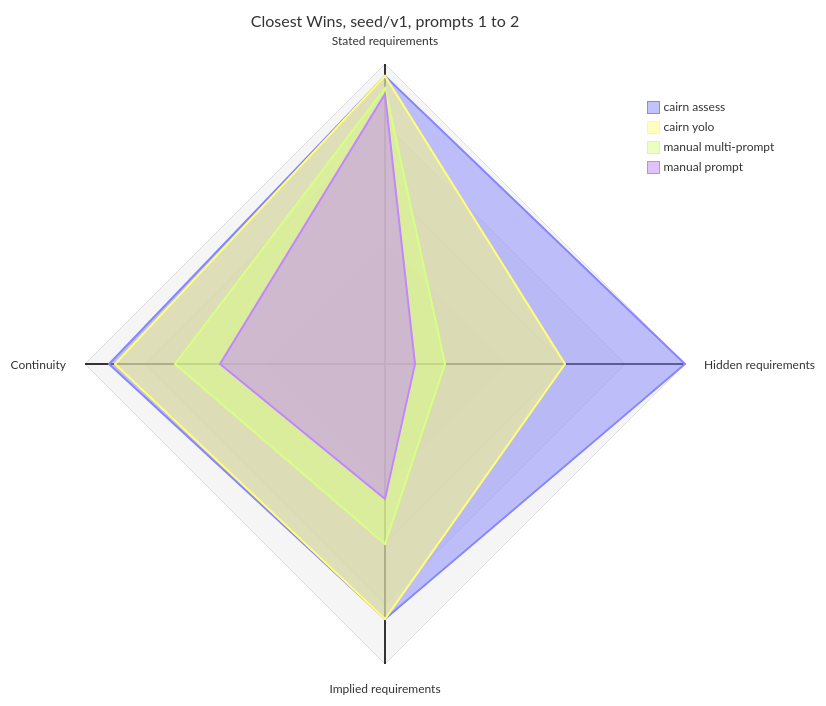
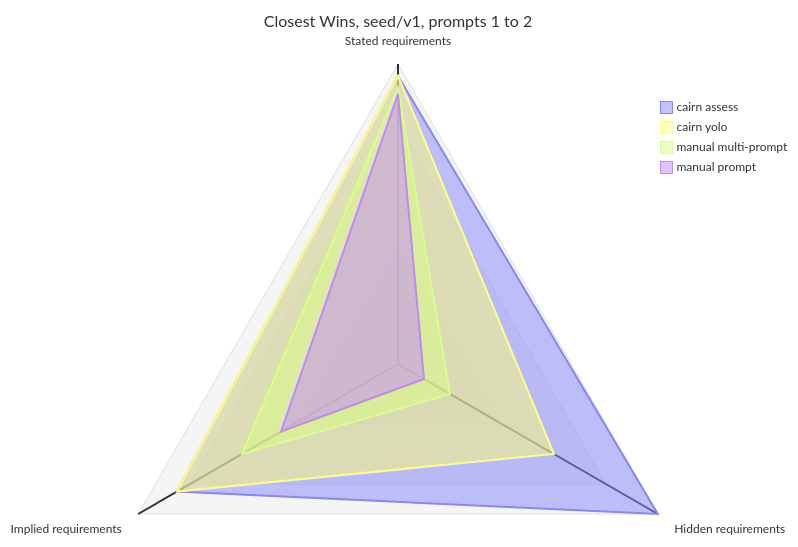
Before and after one commit to uHappyLogic/cairn: the diagram in ideas/benchmark_for_cairn.md, drawn with Mermaid. The commit also changed other lines of this file, not shown here.

First line of the commit message:
Drop the Continuity axis from the benchmark draft

````diff
--- a/ideas/benchmark_for_cairn.md
+++ b/ideas/benchmark_for_cairn.md
@@ -373,15 +374,14 @@
 ```mermaid
 radar-beta
   title Closest Wins, seed/v1, prompts 1 to 2
   axis stated["Stated requirements"], hidden["Hidden requirements"], implied["Implied requirements"]
-  axis continuity["Continuity"]
-  curve assess["cairn assess"]{96, 100, 85, 92}
-  curve yolo["cairn yolo"]{96, 60, 85, 90}
-  curve multi["manual multi-prompt"]{92, 20, 60, 70}
-  curve manual["manual prompt"]{90, 10, 45, 55}
+  curve assess["cairn assess"]{96, 100, 85}
+  curve yolo["cairn yolo"]{96, 60, 85}
+  curve multi["manual multi-prompt"]{92, 20, 60}
+  curve manual["manual prompt"]{90, 10, 45}
   max 100
   min 0
   ticks 5
   graticule polygon
   showLegend true
 ```
````
